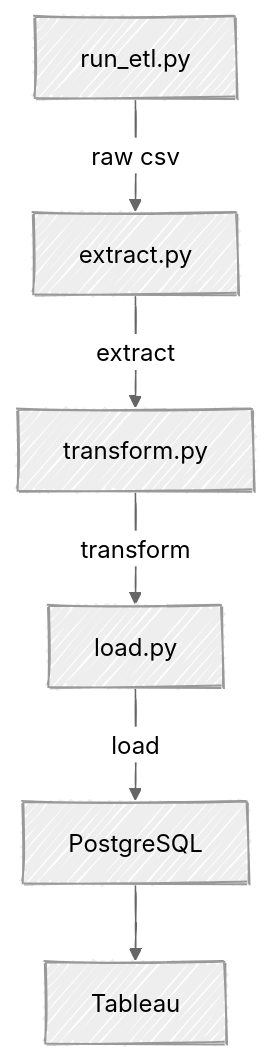
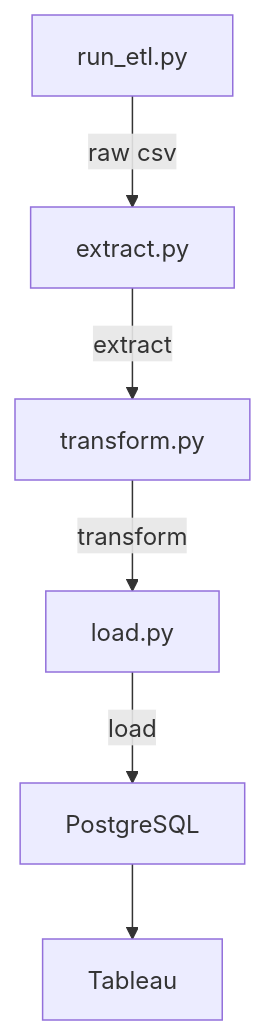
The first of 2 diagrams in README.md (yezaw-zafki/CRM-Sales-Opportunities), drawn with Mermaid before and after one commit. The commit also changed other lines of this file, not shown here.

Commit message:
refactor: Revise README to enhance architecture clarity and update ER diagram

````diff
--- a/README.md
+++ b/README.md
@@ -22,13 +22,8 @@
 ```mermaid
----
-config:
-  look: handDrawn
-  theme: neutral
----
 flowchart TD
     A[run_etl.py] -->|raw csv| B[extract.py]
     B -->|extract| C[transform.py]
     C -->|transform| D[load.py]
     D -->|load| E[PostgreSQL]
     E --> Tableau
 ```
````
